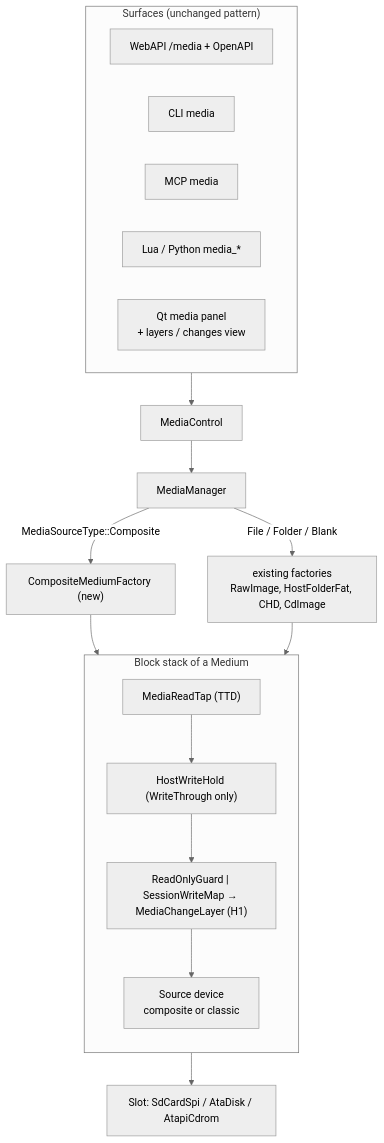
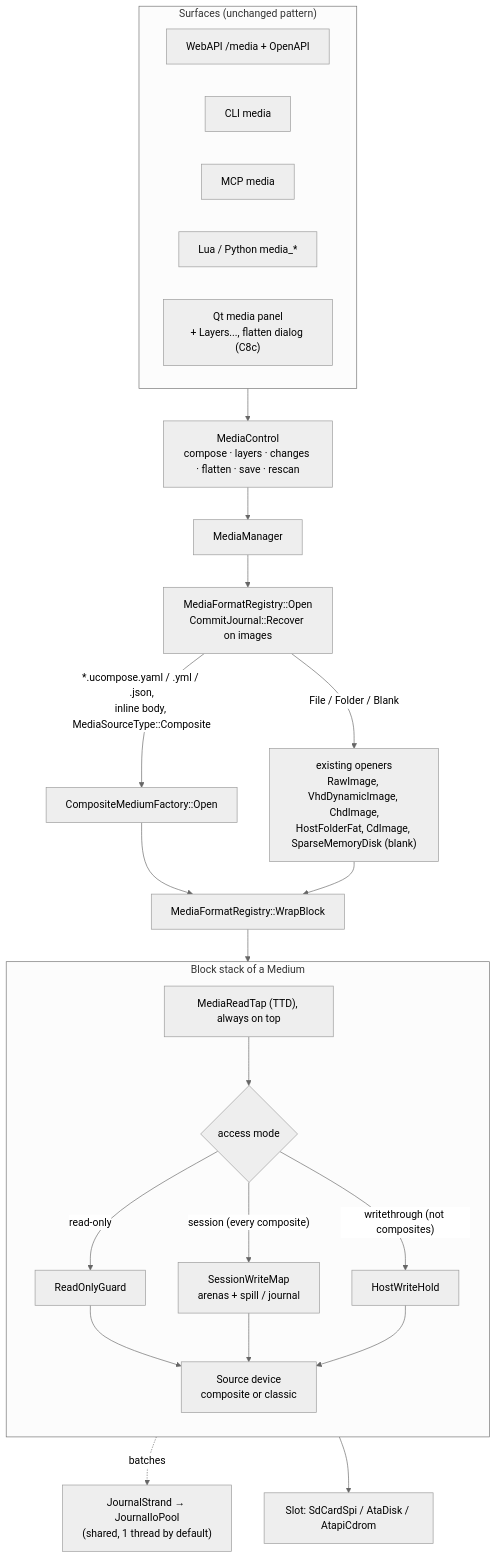
The first of 13 diagrams in docs/inprogress/2026-10-05-media-multisource/architecture.md (alfishe/unreal-ng), drawn with Mermaid (neutral theme) before and after one commit. The commit also changed other lines of this file and 57 other files, not shown here.

````diff
--- a/docs/inprogress/2026-10-05-media-multisource/architecture.md
+++ b/docs/inprogress/2026-10-05-media-multisource/architecture.md
@@ -35,23 +79,28 @@
 ```mermaid
 flowchart TB
     subgraph Surfaces["Surfaces (unchanged pattern)"]
         WEB["WebAPI /media + OpenAPI"]
         CLI["CLI media"]
         MCP["MCP media"]
         SCR["Lua / Python media_*"]
-        QT["Qt media panel<br/>+ layers / changes view"]
+        QT["Qt media panel<br/>+ Layers..., flatten dialog (C8c)"]
     end
-    Surfaces --> MC["MediaControl"]
+    Surfaces --> MC["MediaControl<br/>compose · layers · changes · flatten · save · rescan"]
     MC --> MM["MediaManager"]
-    MM -->|"MediaSourceType::Composite"| CMF["CompositeMediumFactory (new)"]
-    MM -->|"File / Folder / Blank"| OLD["existing factories<br/>RawImage, HostFolderFat, CHD, CdImage"]
-    CMF --> STACK
-    OLD --> STACK
+    MM --> REG["MediaFormatRegistry::Open<br/>CommitJournal::Recover on images"]
+    REG -->|"*.ucompose.yaml / .yml / .json,<br/>inline body, MediaSourceType::Composite"| CMF["CompositeMediumFactory::Open"]
+    REG -->|"File / Folder / Blank"| OLD["existing openers<br/>RawImage, VhdDynamicImage, ChdImage,<br/>HostFolderFat, CdImage, SparseMemoryDisk (blank)"]
+    CMF --> WRAP["MediaFormatRegistry::WrapBlock"]
+    OLD --> WRAP
+    WRAP --> STACK
     subgraph STACK["Block stack of a Medium"]
         direction TB
-        TAP["MediaReadTap (TTD)"] --> HOLD["HostWriteHold (WriteThrough only)"]
-        HOLD --> ACC["ReadOnlyGuard | SessionWriteMap → MediaChangeLayer (H1)"]
-        ACC --> SRC["Source device<br/>composite or classic"]
+        TAP["MediaReadTap (TTD), always on top"] --> ACC{"access mode"}
+        ACC -->|"read-only"| ROG["ReadOnlyGuard"]
+        ACC -->|"session (every composite)"| SWM["SessionWriteMap<br/>arenas + spill / journal"]
+        ACC -->|"writethrough (not composites)"| HOLD["HostWriteHold"]
+        ROG & SWM & HOLD --> SRC["Source device<br/>composite or classic"]
     end
+    SWM -.->|"batches"| IO["JournalStrand → JournalIoPool<br/>(shared, 1 thread by default)"]
     STACK --> SLOT["Slot: SdCardSpi / AtaDisk / AtapiCdrom"]
 ```
````
